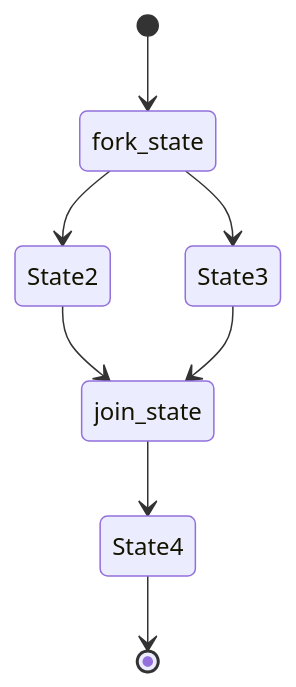
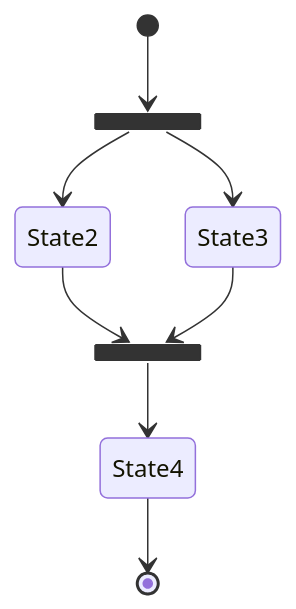
The diagram in bench/corpus/compat-state/e2e-v2-should-render-forks-and-joins.mmd (fractalboxdev/merlion), drawn with Mermaid before and after one commit. The commit also changed 8 other files, not shown here.

```diff
--- a/bench/corpus/compat-state/e2e-v2-should-render-forks-and-joins.mmd
+++ b/bench/corpus/compat-state/e2e-v2-should-render-forks-and-joins.mmd
@@ -1,16 +1,16 @@
 ---
 config:
   logLevel: 0
   fontFamily: courier
 ---
 stateDiagram-v2
-  state fork_state &lt;&lt;fork&gt;&gt;
+  state fork_state <<fork>>
   [*] --> fork_state
   fork_state --> State2
   fork_state --> State3
 
-  state join_state &lt;&lt;join&gt;&gt;
+  state join_state <<join>>
   State2 --> join_state
   State3 --> join_state
   join_state --> State4
   State4 --> [*]
```
